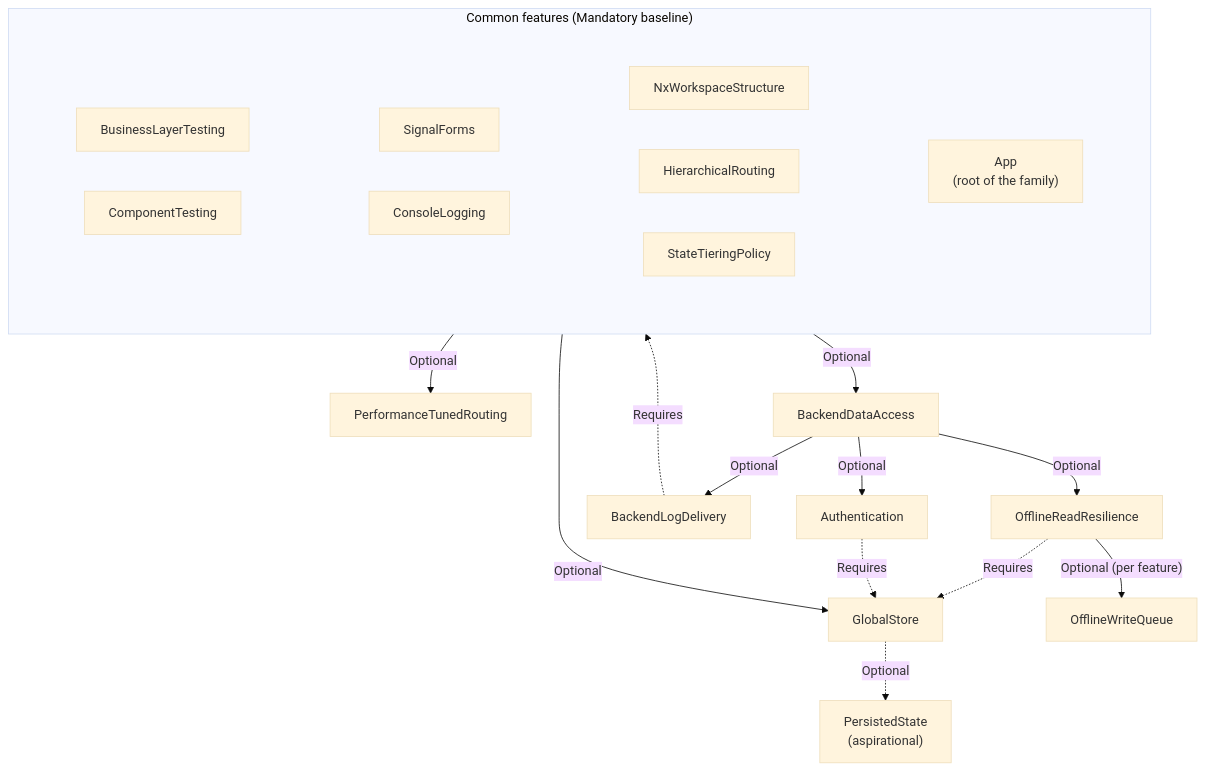
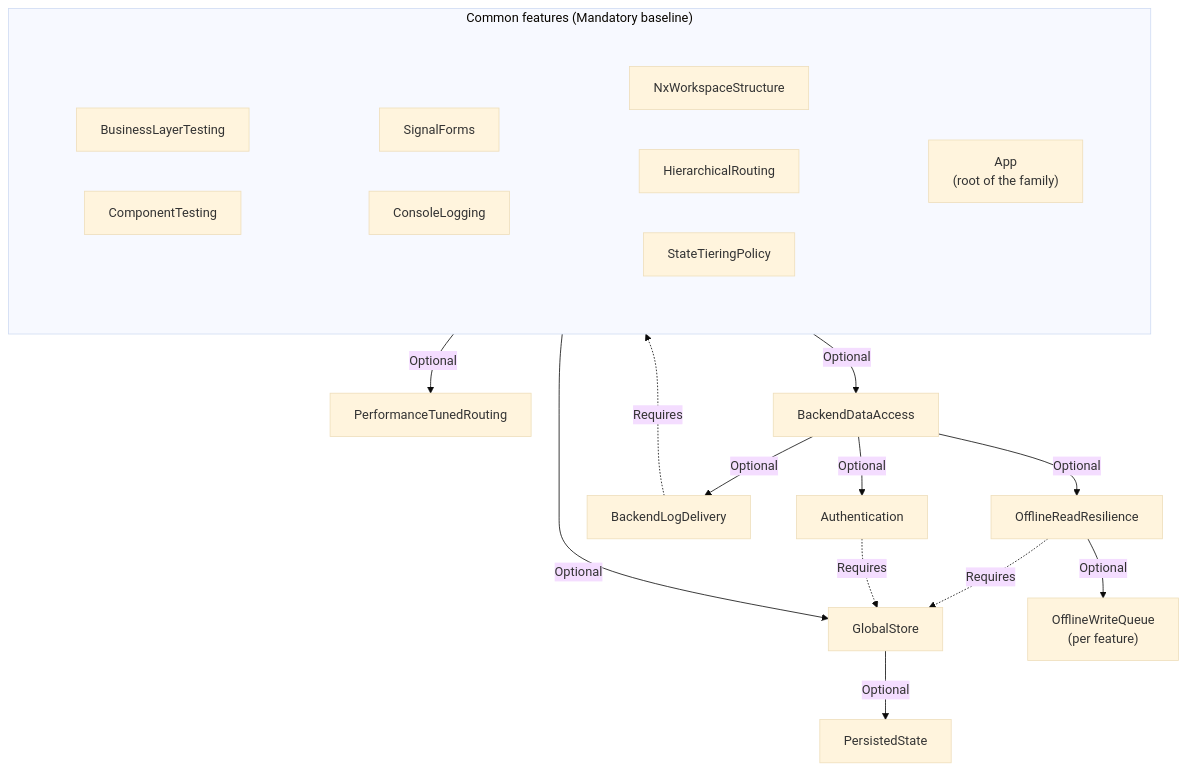
One commit to InsonusK/ai-skills changed the diagram in skills/angular/architecture/v3.1/monolith/feature/diagrams/feature-diagram.mmd. Above: the diagram before and after it, drawn with Mermaid (base theme). The commit also changed 85 other files, not shown here.

```diff
--- a/skills/angular/architecture/v3.1/monolith/feature/diagrams/feature-diagram.mmd
+++ b/skills/angular/architecture/v3.1/monolith/feature/diagrams/feature-diagram.mmd
@@ -1,44 +1,44 @@
 graph TD
     subgraph Common["Common features (Mandatory baseline)"]
         direction TB
         subgraph Row1[" "]
             direction LR
             APP["App<br/>(root of the family)"]
         end
         subgraph Row2[" "]
             direction LR
             NX["NxWorkspaceStructure"]
             ROUTE["HierarchicalRouting"]
             TIER["StateTieringPolicy"]
         end
         subgraph Row3[" "]
             direction LR
             FORMS["SignalForms"]
             LOG["ConsoleLogging"]
         end
         subgraph Testing[" "]
             direction LR
             BLT["BusinessLayerTesting"]
             CT["ComponentTesting"]
         end
     end
     style Row1 fill:none,stroke:none
     style Row2 fill:none,stroke:none
     style Row3 fill:none,stroke:none
     style Testing fill:none,stroke:none
 
     Common -->|Optional| PTR["PerformanceTunedRouting"]
     Common -->|Optional| GS["GlobalStore"]
     Common -->|Optional| BDA["BackendDataAccess"]
 
-    GS -. "Optional" .-> PST["PersistedState<br/>(aspirational)"]
+    GS -->|Optional| PST["PersistedState"]
 
     BDA -->|Optional| ORR["OfflineReadResilience"]
     BDA -->|Optional| BLD["BackendLogDelivery"]
     BDA -->|Optional| AUTH["Authentication"]
 
-    ORR -->|"Optional (per feature)"| OWQ["OfflineWriteQueue"]
+    ORR -->|Optional| OWQ["OfflineWriteQueue<br/>(per feature)"]
 
     ORR -. "Requires" .-> GS
     AUTH -. "Requires" .-> GS
     BLD -. "Requires" .-> LOG
```
